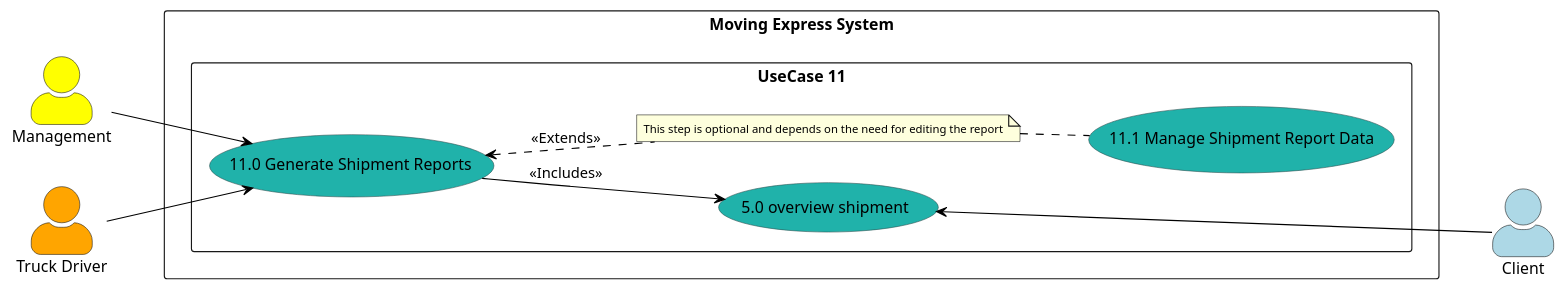
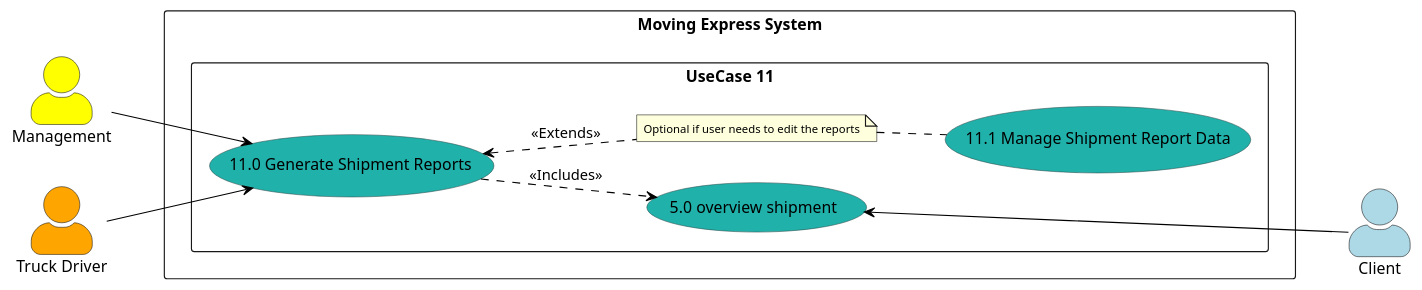
One commit to nic5694/MovingExpress changed the diagram in Diagrams/UseCaseDiagrams/LoweLevel/UC11.puml. Above: the diagram before and after it, drawn with PlantUML. The commit also changed 4 other files, not shown here.

```diff
--- a/Diagrams/UseCaseDiagrams/LoweLevel/UC11.puml
+++ b/Diagrams/UseCaseDiagrams/LoweLevel/UC11.puml
@@ -1,45 +1,45 @@
 @startuml
 
 left to right direction
 skinparam actorStyle awesome
 
 skinparam note {
  FontSize 10
 }
 skinparam usecase {
    BackgroundColor DarkSeaGreen
    BorderColor DarkSlateGray
    ArrowColor Black
    ActorBorderColor black
    ActorFontName Courier
    ActorBackgroundColor<< Human >> Gold
 }
 
 actor Management as "Management" #Yellow
 actor "Truck Driver" as VanDriver #Orange
 actor Client as "Client" #LightBlue
 
 
 rectangle "Moving Express System" {
    rectangle "UseCase 11" {
      usecase "5.0 overview shipment" as UC5 #LightSeaGreen
      usecase "11.0 Generate Shipment Reports" as UC11 #LightSeaGreen
      usecase "11.1 Manage Shipment Report Data" as UC11_1 #LightSeaGreen
 
 
-     note "This step is optional and depends on the need for editing the report" as N2
+     note "Optional if user needs to edit the reports" as N2
 
    }
 }
 
 
 Management --> UC11
 VanDriver --> UC11
 UC5 <--- Client
 
-UC11 --> UC5 : <<Includes>>
+UC11 ..> UC5 : <<Includes>>
 
 UC11 <.. N2 : <<Extends>>
 N2 .. (UC11_1)
 
 @enduml
```
